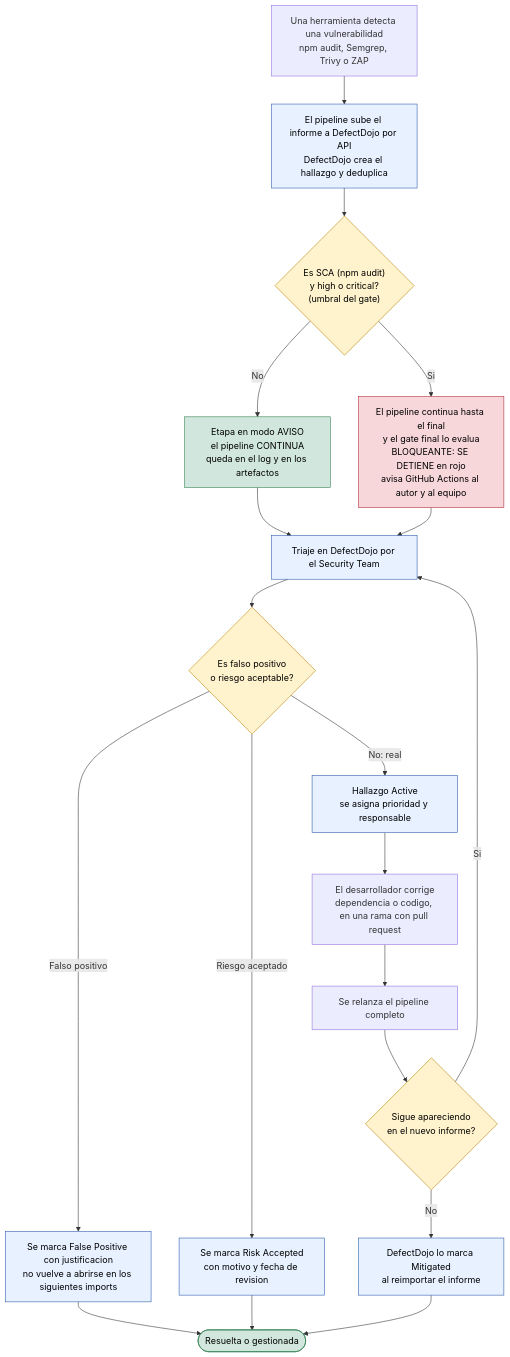
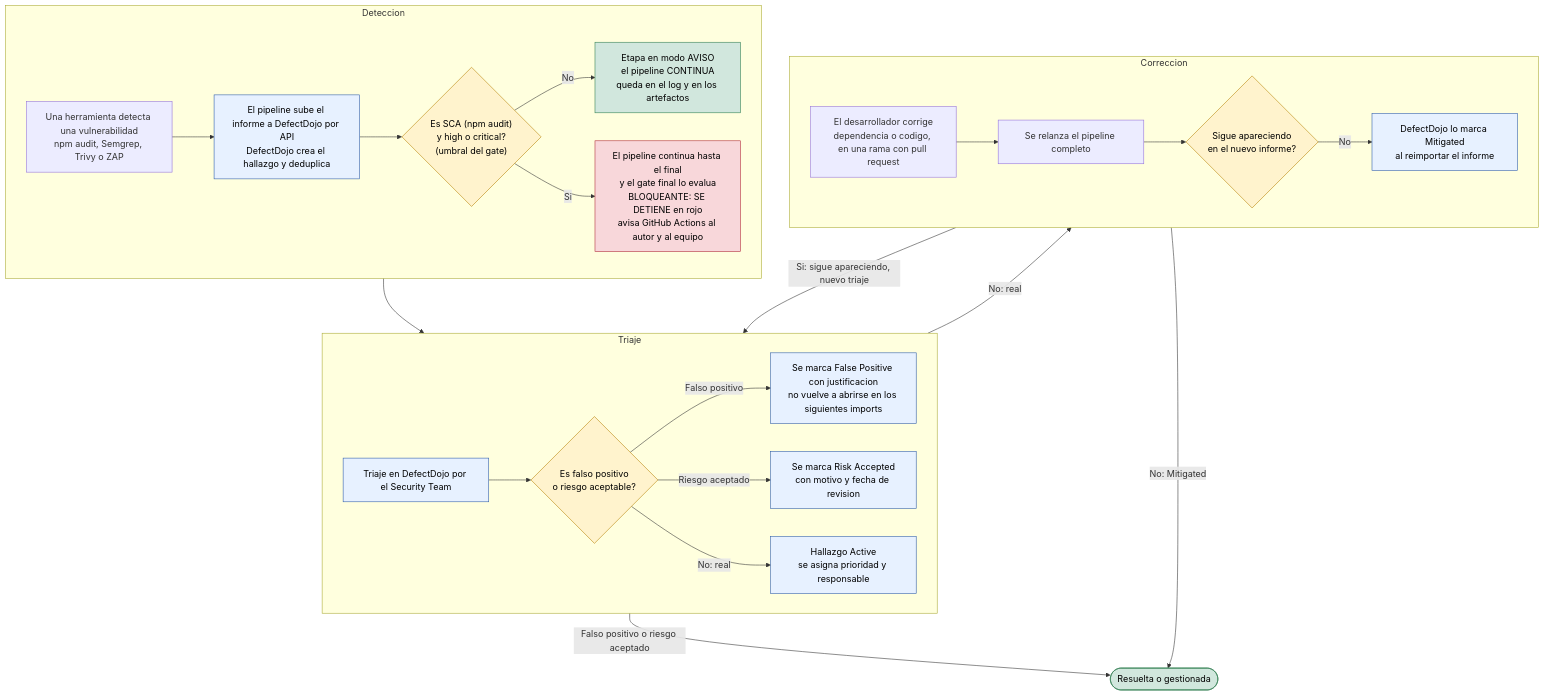
The diagram in devsecops/diagrams/vuln-flow.mmd (Ridawo/SOS-hardened), drawn with Mermaid before and after one commit. The commit also changed 1 other file, not shown here.

Commit message:
docs(devsecops): redraw both diagrams for the parallel jobs

```diff
--- a/devsecops/diagrams/vuln-flow.mmd
+++ b/devsecops/diagrams/vuln-flow.mmd
@@ -1,34 +1,39 @@
 %% Diagrama 1.b: flujo ante una vulnerabilidad detectada por el pipeline de SOS-hardened
 flowchart TD
-    A["Una herramienta detecta una vulnerabilidad<br/>npm audit, Semgrep, Trivy o ZAP"] --> B["El pipeline sube el informe a DefectDojo por API<br/>DefectDojo crea el hallazgo y deduplica"]
-    B --> D{"Es SCA (npm audit)<br/>y high o critical?<br/>(umbral del gate)"}
+    subgraph DET["Deteccion"]
+        direction LR
+        A["Una herramienta detecta una vulnerabilidad<br/>npm audit, Semgrep, Trivy o ZAP"] --> B["El pipeline sube el informe a DefectDojo por API<br/>DefectDojo crea el hallazgo y deduplica"]
+        B --> D{"Es SCA (npm audit)<br/>y high o critical?<br/>(umbral del gate)"}
+        D -- "No" --> E["Etapa en modo AVISO<br/>el pipeline CONTINUA<br/>queda en el log y en los artefactos"]
+        D -- "Si" --> H["El pipeline continua hasta el final<br/>y el gate final lo evalua<br/>BLOQUEANTE: SE DETIENE en rojo<br/>avisa GitHub Actions al autor y al equipo"]
+    end
 
-    D -- "No" --> E["Etapa en modo AVISO<br/>el pipeline CONTINUA<br/>queda en el log y en los artefactos"]
-    D -- "Si" --> H["El pipeline continua hasta el final<br/>y el gate final lo evalua<br/>BLOQUEANTE: SE DETIENE en rojo<br/>avisa GitHub Actions al autor y al equipo"]
+    subgraph TRI["Triaje"]
+        direction LR
+        K["Triaje en DefectDojo por el Security Team"] --> L{"Es falso positivo<br/>o riesgo aceptable?"}
+        L -- "Falso positivo" --> M["Se marca False Positive con justificacion<br/>no vuelve a abrirse en los siguientes imports"]
+        L -- "Riesgo aceptado" --> N["Se marca Risk Accepted<br/>con motivo y fecha de revision"]
+        L -- "No: real" --> O["Hallazgo Active<br/>se asigna prioridad y responsable"]
+    end
 
-    E --> K
-    H --> K
-    K["Triaje en DefectDojo por el Security Team"] --> L{"Es falso positivo<br/>o riesgo aceptable?"}
+    subgraph COR["Correccion"]
+        direction LR
+        P["El desarrollador corrige<br/>dependencia o codigo, en una rama con pull request"] --> Q["Se relanza el pipeline completo"]
+        Q --> R{"Sigue apareciendo<br/>en el nuevo informe?"}
+        R -- "No" --> S["DefectDojo lo marca Mitigated<br/>al reimportar el informe"]
+    end
 
-    L -- "Falso positivo" --> M["Se marca False Positive con justificacion<br/>no vuelve a abrirse en los siguientes imports"]
-    L -- "Riesgo aceptado" --> N["Se marca Risk Accepted<br/>con motivo y fecha de revision"]
-    L -- "No: real" --> O["Hallazgo Active<br/>se asigna prioridad y responsable"]
-
-    O --> P["El desarrollador corrige<br/>dependencia o codigo, en una rama con pull request"]
-    P --> Q["Se relanza el pipeline completo"]
-    Q --> R{"Sigue apareciendo<br/>en el nuevo informe?"}
-    R -- "Si" --> K
-    R -- "No" --> S["DefectDojo lo marca Mitigated<br/>al reimportar el informe"]
-
-    M --> Z(["Resuelta o gestionada"])
-    N --> Z
-    S --> Z
+    DET --> TRI
+    TRI -->|"No: real"| COR
+    COR -->|"Si: sigue apareciendo, nuevo triaje"| TRI
+    TRI -->|"Falso positivo o riesgo aceptado"| Z(["Resuelta o gestionada"])
+    COR -->|"No: Mitigated"| Z
 
     classDef decision fill:#fff3cd,stroke:#b58105,color:#000
     classDef stop fill:#f8d7da,stroke:#b02a37,color:#000
     classDef go fill:#d1e7dd,stroke:#2f7d4f,color:#000
     classDef dojo fill:#e7f1ff,stroke:#2b5aa8,color:#000
     class D,L,R decision
     class H stop
     class E,Z go
     class B,K,M,N,O,S dojo
```
